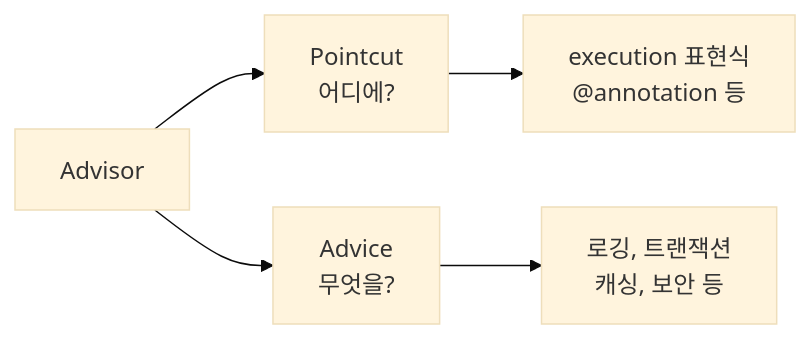
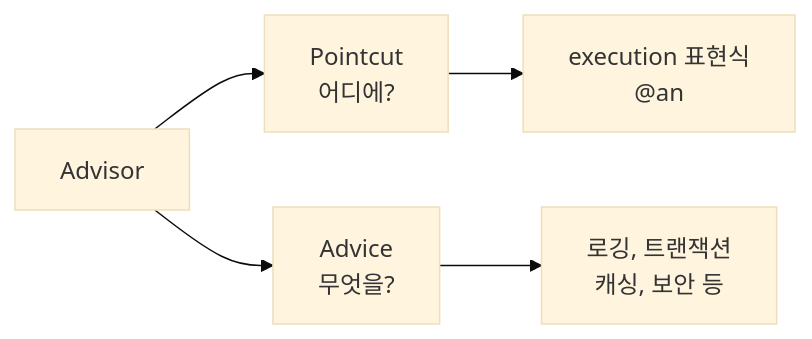
Before and after one commit to yjkim2015/yjkim2015.github.io: the seventh of 11 diagrams in _posts/spring/2026-05-02-spring-core-advanced.md, drawn with Mermaid (base theme). The commit also changed other lines of this file and 271 other files, not shown here.

First line of the commit message:
Mermaid 라벨 축소: 긴 노드 텍스트 18자 이하로 트림 + \n 제거

````diff
--- a/_posts/spring/2026-05-02-spring-core-advanced.md
+++ b/_posts/spring/2026-05-02-spring-core-advanced.md
@@ -480,7 +480,7 @@
 ```mermaid
 graph LR
     A["Advisor"] --> B["Pointcut\n어디에?"]
     A --> C["Advice\n무엇을?"]
-    B --> D["execution 표현식\n@annotation 등"]
+    B --> D["execution 표현식\n@an"]
     C --> E["로깅, 트랜잭션\n캐싱, 보안 등"]
 ```
````
